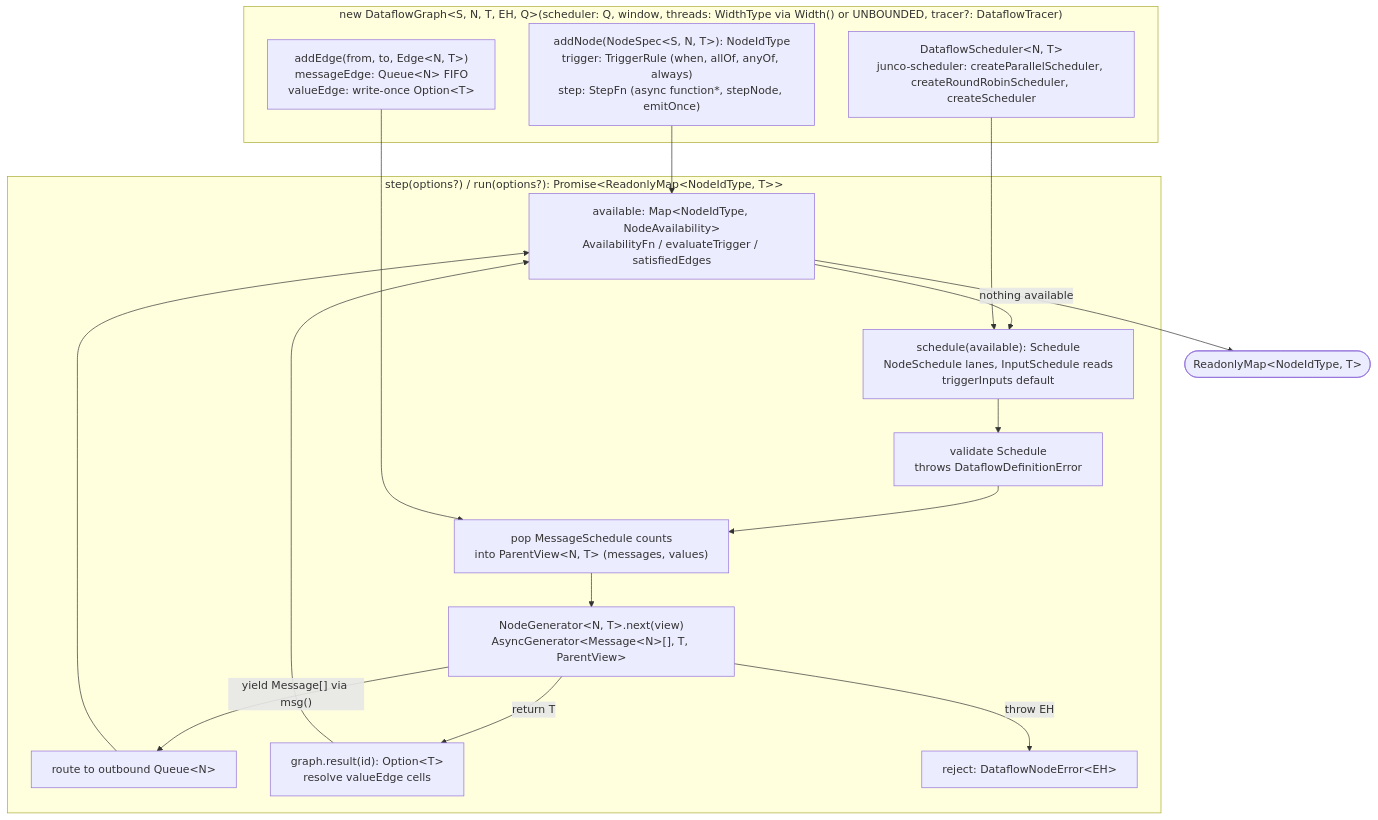
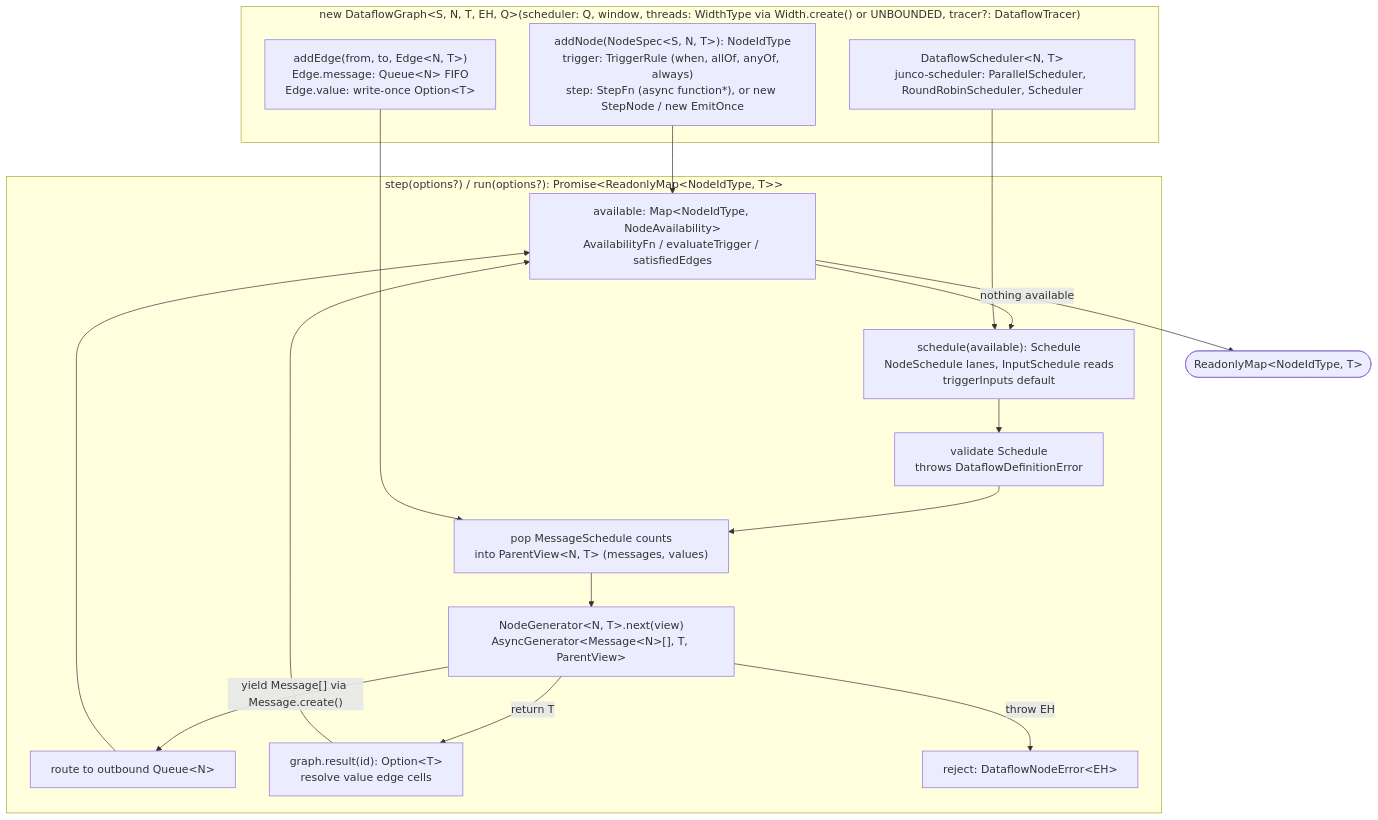
The diagram in packages/dataflow-engine/README.md (microsoft/junco), drawn with Mermaid before and after one commit. The commit also changed other lines of this file and 158 other files, not shown here.

````diff
--- a/packages/dataflow-engine/README.md
+++ b/packages/dataflow-engine/README.md
@@ -9,24 +9,24 @@
 ```mermaid
 %%{init: {"flowchart": {"wrappingWidth": 360}}}%%
 flowchart TB
-  subgraph Definition["new DataflowGraph#lt;S, N, T, EH, Q#gt;(scheduler: Q, window, threads: WidthType via Width() or UNBOUNDED, tracer?: DataflowTracer)"]
-    N["addNode(NodeSpec#lt;S, N, T#gt;): NodeIdType<br/>trigger: TriggerRule (when, allOf, anyOf, always)<br/>step: StepFn (async function*, stepNode, emitOnce)"]
-    E["addEdge(from, to, Edge#lt;N, T#gt;)<br/>messageEdge: Queue#lt;N#gt; FIFO<br/>valueEdge: write-once Option#lt;T#gt;"]
-    S["DataflowScheduler#lt;N, T#gt;<br/>junco-scheduler: createParallelScheduler, createRoundRobinScheduler, createScheduler"]
+  subgraph Definition["new DataflowGraph#lt;S, N, T, EH, Q#gt;(scheduler: Q, window, threads: WidthType via Width.create() or UNBOUNDED, tracer?: DataflowTracer)"]
+    N["addNode(NodeSpec#lt;S, N, T#gt;): NodeIdType<br/>trigger: TriggerRule (when, allOf, anyOf, always)<br/>step: StepFn (async function*), or new StepNode / new EmitOnce"]
+    E["addEdge(from, to, Edge#lt;N, T#gt;)<br/>Edge.message: Queue#lt;N#gt; FIFO<br/>Edge.value: write-once Option#lt;T#gt;"]
+    S["DataflowScheduler#lt;N, T#gt;<br/>junco-scheduler: ParallelScheduler, RoundRobinScheduler, Scheduler"]
   end
   subgraph Run["step(options?) / run(options?): Promise#lt;ReadonlyMap#lt;NodeIdType, T#gt;#gt;"]
     A["available: Map#lt;NodeIdType, NodeAvailability#gt;<br/>AvailabilityFn / evaluateTrigger / satisfiedEdges"] --> P["schedule(available): Schedule<br/>NodeSchedule lanes, InputSchedule reads<br/>triggerInputs default"]
     P --> K["validate Schedule<br/>throws DataflowDefinitionError"]
     K --> X["pop MessageSchedule counts<br/>into ParentView#lt;N, T#gt; (messages, values)"]
     X --> G["NodeGenerator#lt;N, T#gt;.next(view)<br/>AsyncGenerator#lt;Message#lt;N#gt;[], T, ParentView#gt;"]
-    G -- "yield Message[] via msg()" --> Q["route to outbound Queue#lt;N#gt;"]
-    G -- "return T" --> R["graph.result(id): Option#lt;T#gt;<br/>resolve valueEdge cells"]
+    G -- "yield Message[] via Message.create()" --> Q["route to outbound Queue#lt;N#gt;"]
+    G -- "return T" --> R["graph.result(id): Option#lt;T#gt;<br/>resolve value edge cells"]
     G -- "throw EH" --> F["reject: DataflowNodeError#lt;EH#gt;"]
     Q --> A
     R --> A
   end
   N --> A
   E --> X
   S --> P
   A -- "nothing available" --> Z(["ReadonlyMap#lt;NodeIdType, T#gt;"])
 ```
````
